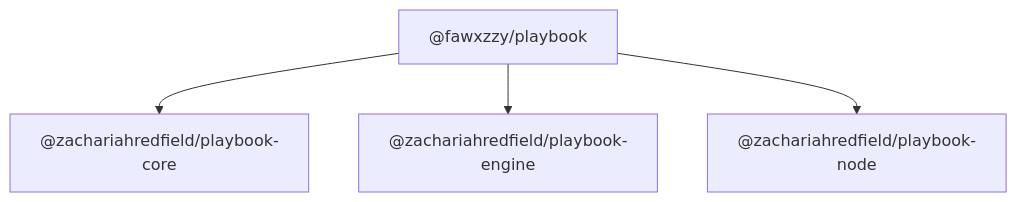
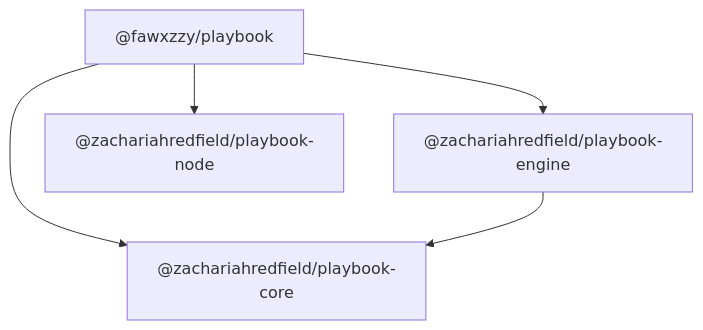
Before and after one commit to ZachariahRedfield/playbook: the second of 2 diagrams in docs/ARCHITECTURE_DIAGRAMS.md, drawn with Mermaid.

Commit message:
docs: update architecture diagrams

````diff
--- a/docs/ARCHITECTURE_DIAGRAMS.md
+++ b/docs/ARCHITECTURE_DIAGRAMS.md
@@ -18,10 +18,11 @@
 ```mermaid
 flowchart TB
   n_fawxzzy_playbook["@fawxzzy/playbook"]
   n_zachariahredfield_playbook_core["@zachariahredfield/playbook-core"]
   n_zachariahredfield_playbook_engine["@zachariahredfield/playbook-engine"]
   n_zachariahredfield_playbook_node["@zachariahredfield/playbook-node"]
   n_fawxzzy_playbook --> n_zachariahredfield_playbook_core
   n_fawxzzy_playbook --> n_zachariahredfield_playbook_engine
   n_fawxzzy_playbook --> n_zachariahredfield_playbook_node
+  n_zachariahredfield_playbook_engine --> n_zachariahredfield_playbook_core
 ```
````
